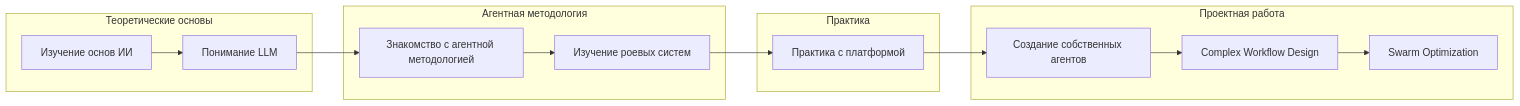
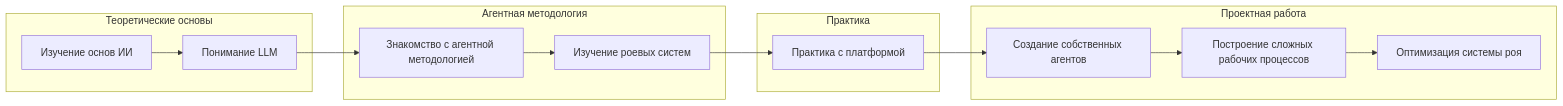
Before and after one commit to ivan-meer/ai-labs-project: the fourth of 5 diagrams in README.ru.md, drawn with Mermaid. The commit also changed other lines of this file and 1 other file, not shown here.

````diff
--- a/README.ru.md
+++ b/README.ru.md
@@ -294,31 +292,31 @@
 ```mermaid
 graph LR
     A[Изучение основ ИИ] --> B[Понимание LLM]
     B --> C[Знакомство с агентной методологией]
     C --> D[Изучение роевых систем]
     D --> E[Практика с платформой]
     
     subgraph Теоретические основы
         A
         B
     end
     
     subgraph Агентная методология
         C
         D
     end
     
     subgraph Практика
         E
     end
     
     E --> F[Создание собственных агентов]
-    F --> G[Complex Workflow Design]
-    G --> H[Swarm Optimization]
+    F --> G[Построение сложных рабочих процессов]
+    G --> H[Оптимизация системы роя]
     
     subgraph Проектная работа
         F
         G
         H
     end
 ```
````
